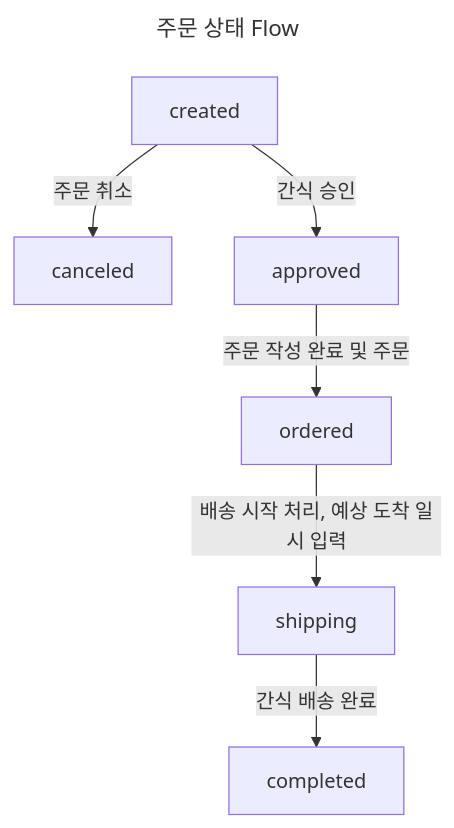
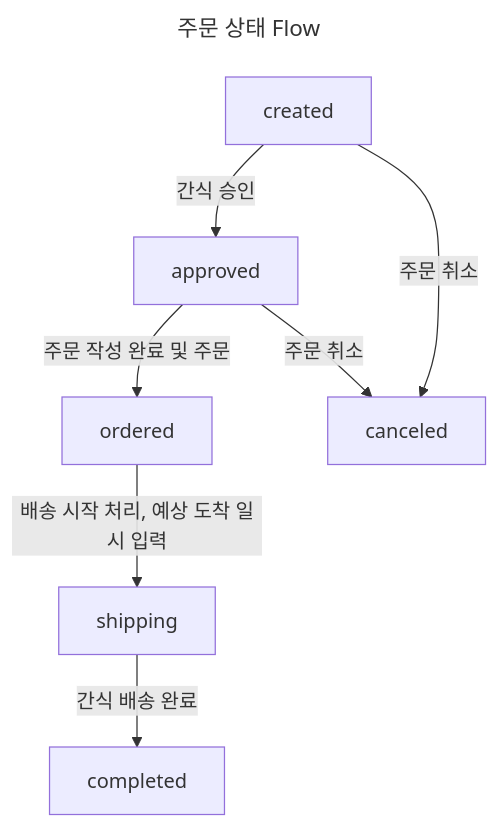
One commit to orchwang/snack-manager-server changed the fourth of 6 diagrams in README.md. Above: the diagram before and after it, drawn with Mermaid. The commit also changed other lines of this file and 6 other files, not shown here.

Commit message:
Add state flow mixin for order status

````diff
--- a/README.md
+++ b/README.md
@@ -338,18 +326,19 @@
 ```mermaid
 ---
 title: 주문 상태 Flow
 ---
 flowchart TD
   created[created]
   ordered[ordered]
   canceled[canceled]
   approved[approved]
   shipping[shipping]
   completed[completed]
   
   approved --> |주문 작성 완료 및 주문| ordered 
   created --> |간식 승인| approved
   ordered --> |배송 시작 처리, 예상 도착 일시 입력| shipping
   shipping--> |간식 배송 완료| completed
   created --> |주문 취소| canceled
+  approved --> |주문 취소| canceled
 ```
````
